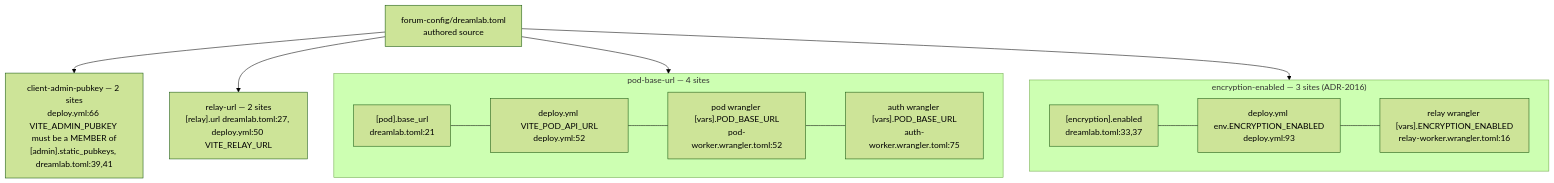
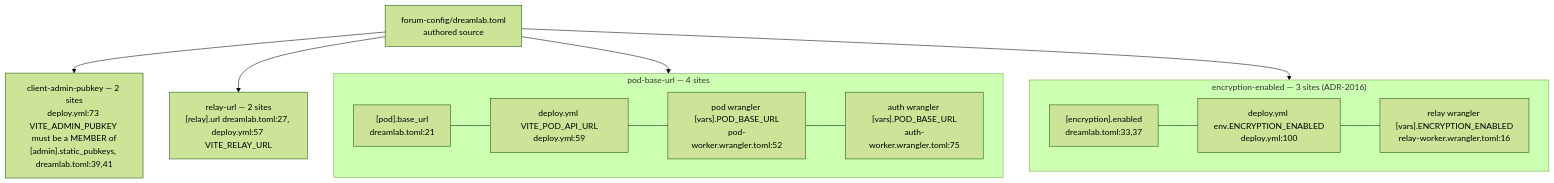
Before and after one commit to DreamLab-AI/VisionFlow: the fifth of 10 diagrams in docs/diagrams/dreamlab-ai-website/03-forum-config-overlay-zones-admin-kv-sync.md, drawn with Mermaid (forest theme). The commit also changed other lines of this file and 80 other files, not shown here.

First line of the commit message:
docs(diagrams): re-verify the agentbox, dreamlab, estate and visionflow corpus against current sources

````diff
--- a/docs/diagrams/dreamlab-ai-website/03-forum-config-overlay-zones-admin-kv-sync.md
+++ b/docs/diagrams/dreamlab-ai-website/03-forum-config-overlay-zones-admin-kv-sync.md
@@ -120,15 +121,15 @@
 ```mermaid
 flowchart TB
     T["forum-config/dreamlab.toml<br/>authored source"] --> M4
     subgraph M4["pod-base-url — 4 sites"]
         direction LR
-        P1["[pod].base_url<br/>dreamlab.toml:21"] --- P2["deploy.yml VITE_POD_API_URL<br/>deploy.yml:52"] --- P3["pod wrangler [vars].POD_BASE_URL<br/>pod-worker.wrangler.toml:52"] --- P4["auth wrangler [vars].POD_BASE_URL<br/>auth-worker.wrangler.toml:75"]
+        P1["[pod].base_url<br/>dreamlab.toml:21"] --- P2["deploy.yml VITE_POD_API_URL<br/>deploy.yml:59"] --- P3["pod wrangler [vars].POD_BASE_URL<br/>pod-worker.wrangler.toml:52"] --- P4["auth wrangler [vars].POD_BASE_URL<br/>auth-worker.wrangler.toml:75"]
     end
-    T --> M5["client-admin-pubkey — 2 sites<br/>deploy.yml:66 VITE_ADMIN_PUBKEY must be a MEMBER of<br/>[admin].static_pubkeys, dreamlab.toml:39,41"]
-    T --> M6["relay-url — 2 sites<br/>[relay].url dreamlab.toml:27, deploy.yml:50 VITE_RELAY_URL"]
+    T --> M5["client-admin-pubkey — 2 sites<br/>deploy.yml:73 VITE_ADMIN_PUBKEY must be a MEMBER of<br/>[admin].static_pubkeys, dreamlab.toml:39,41"]
+    T --> M6["relay-url — 2 sites<br/>[relay].url dreamlab.toml:27, deploy.yml:57 VITE_RELAY_URL"]
     T --> M7
     subgraph M7["encryption-enabled — 3 sites (ADR-2016)"]
         direction LR
-        E1["[encryption].enabled<br/>dreamlab.toml:33,37"] --- E2["deploy.yml env.ENCRYPTION_ENABLED<br/>deploy.yml:93"] --- E3["relay wrangler [vars].ENCRYPTION_ENABLED<br/>relay-worker.wrangler.toml:16"]
+        E1["[encryption].enabled<br/>dreamlab.toml:33,37"] --- E2["deploy.yml env.ENCRYPTION_ENABLED<br/>deploy.yml:100"] --- E3["relay wrangler [vars].ENCRYPTION_ENABLED<br/>relay-worker.wrangler.toml:16"]
     end
 ```
````
